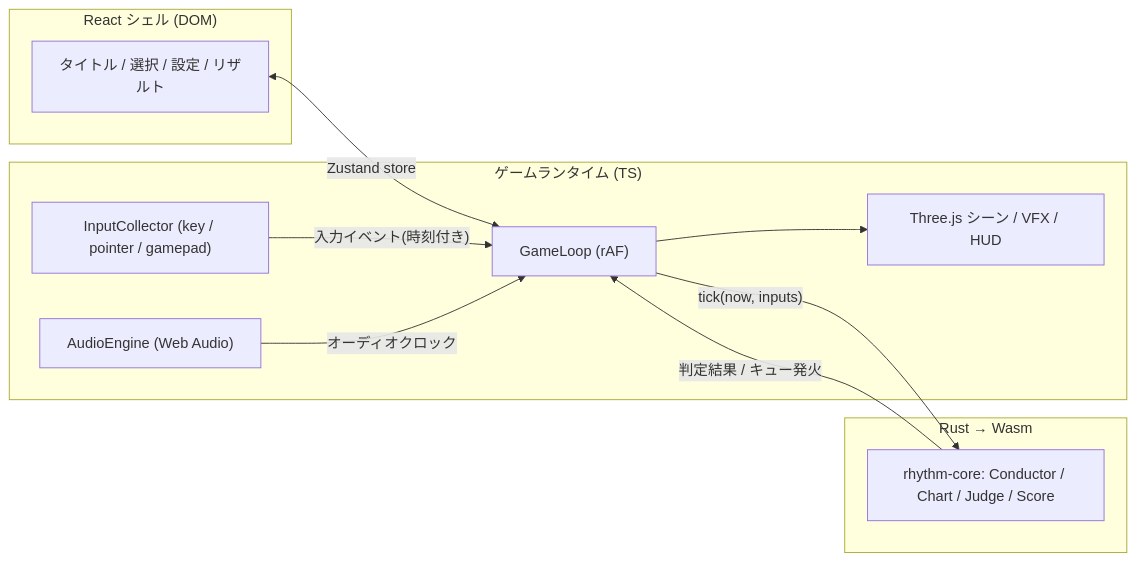
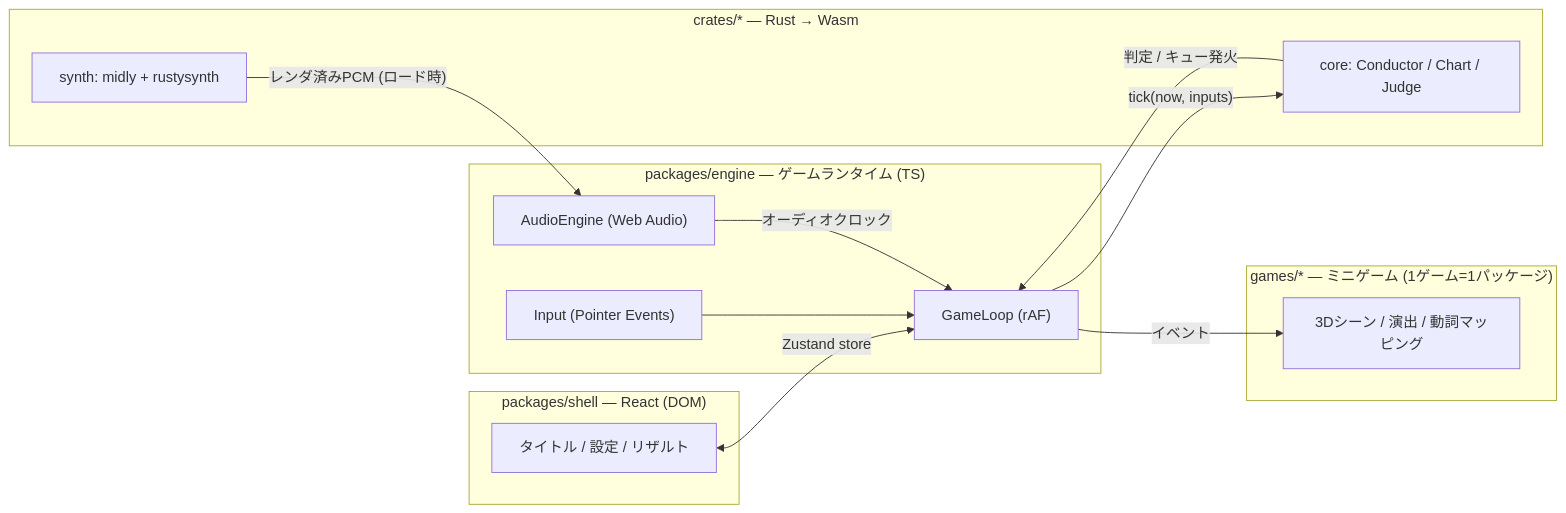
One commit to Stead08/threejs-claude changed the diagram in docs/PLAN.md. Above: the diagram before and after it, drawn with Mermaid. The commit also changed other lines of this file and 1 other file, not shown here.

First line of the commit message:
Revise plan to v0.2: mobile-only, MIDI synth pipeline, modular monolith

````diff
--- a/docs/PLAN.md
+++ b/docs/PLAN.md
@@ -88,21 +92,25 @@
 ```mermaid
 flowchart LR
-  subgraph Shell["React シェル (DOM)"]
-    UI["タイトル / 選択 / 設定 / リザルト"]
+  subgraph Shell["packages/shell — React (DOM)"]
+    UI["タイトル / 設定 / リザルト"]
   end
-  subgraph Runtime["ゲームランタイム (TS)"]
+  subgraph Engine["packages/engine — ゲームランタイム (TS)"]
     Loop["GameLoop (rAF)"]
     Audio["AudioEngine (Web Audio)"]
-    Input["InputCollector (key / pointer / gamepad)"]
-    Scene["Three.js シーン / VFX / HUD"]
+    Input["Input (Pointer Events)"]
   end
-  subgraph Wasm["Rust → Wasm"]
-    Core["rhythm-core: Conductor / Chart / Judge / Score"]
+  subgraph Game["games/* — ミニゲーム (1ゲーム=1パッケージ)"]
+    Scene["3Dシーン / 演出 / 動詞マッピング"]
+  end
+  subgraph Wasm["crates/* — Rust → Wasm"]
+    Core["core: Conductor / Chart / Judge"]
+    Synth["synth: midly + rustysynth"]
   end
   UI <-- "Zustand store" --> Loop
-  Input -- "入力イベント(時刻付き)" --> Loop
+  Input --> Loop
   Audio -- "オーディオクロック" --> Loop
   Loop -- "tick(now, inputs)" --> Core
-  Core -- "判定結果 / キュー発火" --> Loop
-  Loop --> Scene
+  Synth -- "レンダ済みPCM (ロード時)" --> Audio
+  Core -- "判定 / キュー発火" --> Loop
+  Loop -- "イベント" --> Scene
 ```
````
